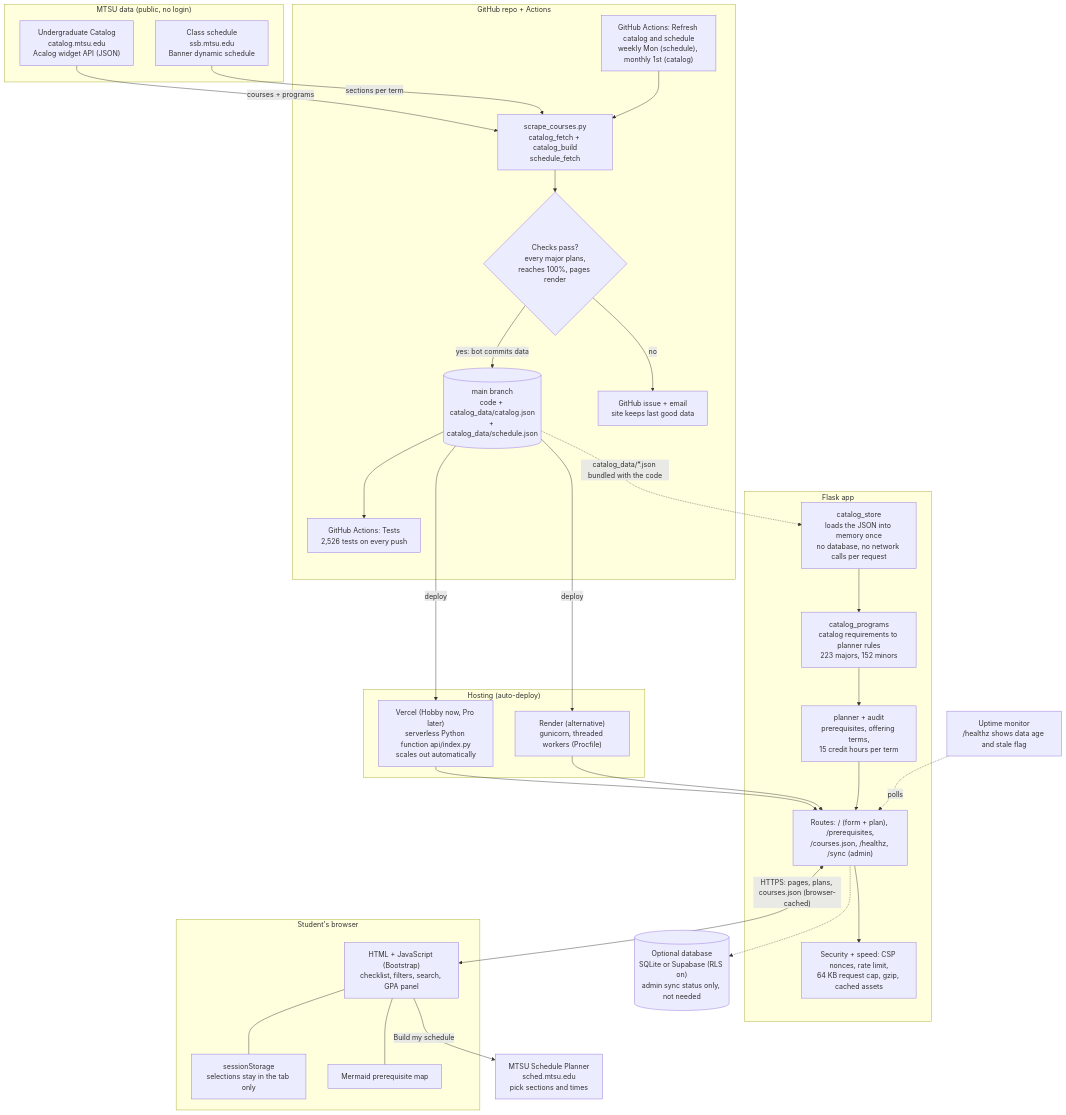
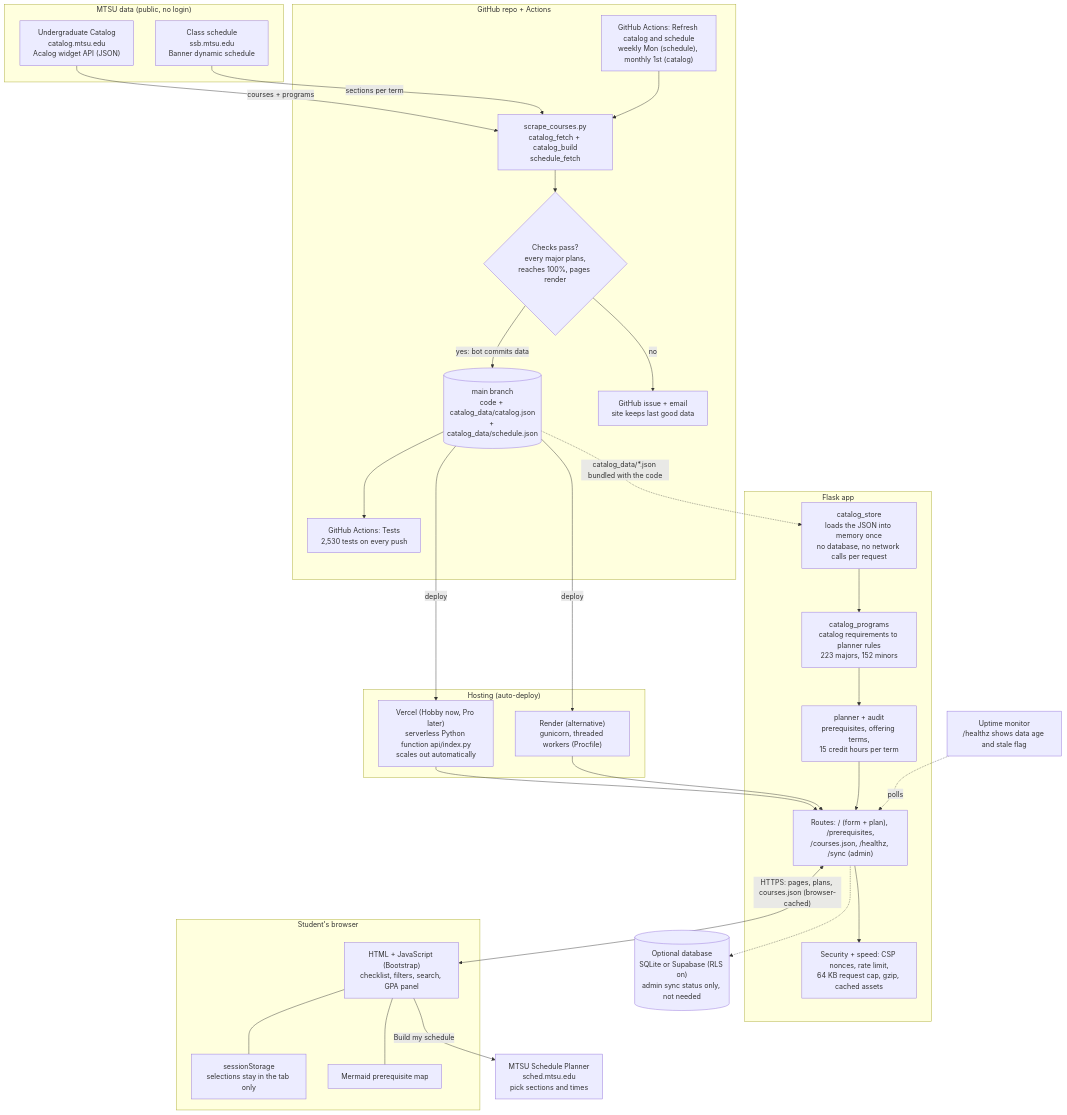
The diagram in README.md (stevenGGG23/MTSU-GradPath), drawn with Mermaid before and after one commit. The commit also changed other lines of this file and 13 other files, not shown here.

````diff
--- a/README.md
+++ b/README.md
@@ -279,60 +284,60 @@
 ```mermaid
 flowchart TB
     subgraph MTSU["MTSU data (public, no login)"]
         CAT["Undergraduate Catalog<br/>catalog.mtsu.edu<br/>Acalog widget API (JSON)"]
         SCH["Class schedule<br/>ssb.mtsu.edu<br/>Banner dynamic schedule"]
     end
 
     subgraph GH["GitHub repo + Actions"]
         REFRESH["GitHub Actions: Refresh catalog and schedule<br/>weekly Mon (schedule), monthly 1st (catalog)"]
         EXPORT["scrape_courses.py<br/>catalog_fetch + catalog_build<br/>schedule_fetch"]
         GATE{"Checks pass?<br/>every major plans,<br/>reaches 100%, pages render"}
         REPO[("main branch<br/>code + catalog_data/catalog.json<br/>+ catalog_data/schedule.json")]
         ISSUE["GitHub issue + email<br/>site keeps last good data"]
-        TESTS["GitHub Actions: Tests<br/>2,526 tests on every push"]
+        TESTS["GitHub Actions: Tests<br/>2,530 tests on every push"]
     end
 
     subgraph HOST["Hosting (auto-deploy)"]
         VERCEL["Vercel (Hobby now, Pro later)<br/>serverless Python function api/index.py<br/>scales out automatically"]
         RENDER["Render (alternative)<br/>gunicorn, threaded workers (Procfile)"]
     end
 
     subgraph APP["Flask app"]
         STORE["catalog_store<br/>loads the JSON into memory once<br/>no database, no network calls per request"]
         CONVERT["catalog_programs<br/>catalog requirements to planner rules<br/>223 majors, 152 minors"]
         PLAN["planner + audit<br/>prerequisites, offering terms,<br/>15 credit hours per term"]
         ROUTES["Routes: / (form + plan), /prerequisites,<br/>/courses.json, /healthz, /sync (admin)"]
         HARDEN["Security + speed: CSP nonces, rate limit,<br/>64 KB request cap, gzip, cached assets"]
     end
 
     subgraph USER["Student's browser"]
         PAGE["HTML + JavaScript (Bootstrap)<br/>checklist, filters, search, GPA panel"]
         LOCAL["sessionStorage<br/>selections stay in the tab only"]
         MERMAID["Mermaid prerequisite map"]
     end
 
     SP["MTSU Schedule Planner<br/>sched.mtsu.edu<br/>pick sections and times"]
 
     DB[("Optional database<br/>SQLite or Supabase (RLS on)<br/>admin sync status only, not needed")]
     MON["Uptime monitor<br/>/healthz shows data age and stale flag"]
 
     CAT -->|"courses + programs"| EXPORT
     SCH -->|"sections per term"| EXPORT
     REFRESH --> EXPORT --> GATE
     GATE -->|"yes: bot commits data"| REPO
     GATE -->|"no"| ISSUE
     REPO --> TESTS
     REPO -->|"deploy"| VERCEL
     REPO -->|"deploy"| RENDER
     VERCEL --> ROUTES
     RENDER --> ROUTES
     ROUTES --> HARDEN
     STORE --> CONVERT --> PLAN --> ROUTES
     REPO -.->|"catalog_data/*.json bundled with the code"| STORE
     ROUTES <-->|"HTTPS: pages, plans, courses.json (browser-cached)"| PAGE
     PAGE --- LOCAL
     PAGE --- MERMAID
     PAGE -->|"Build my schedule"| SP
     ROUTES -.-> DB
     MON -.->|"polls"| ROUTES
 ```
````
